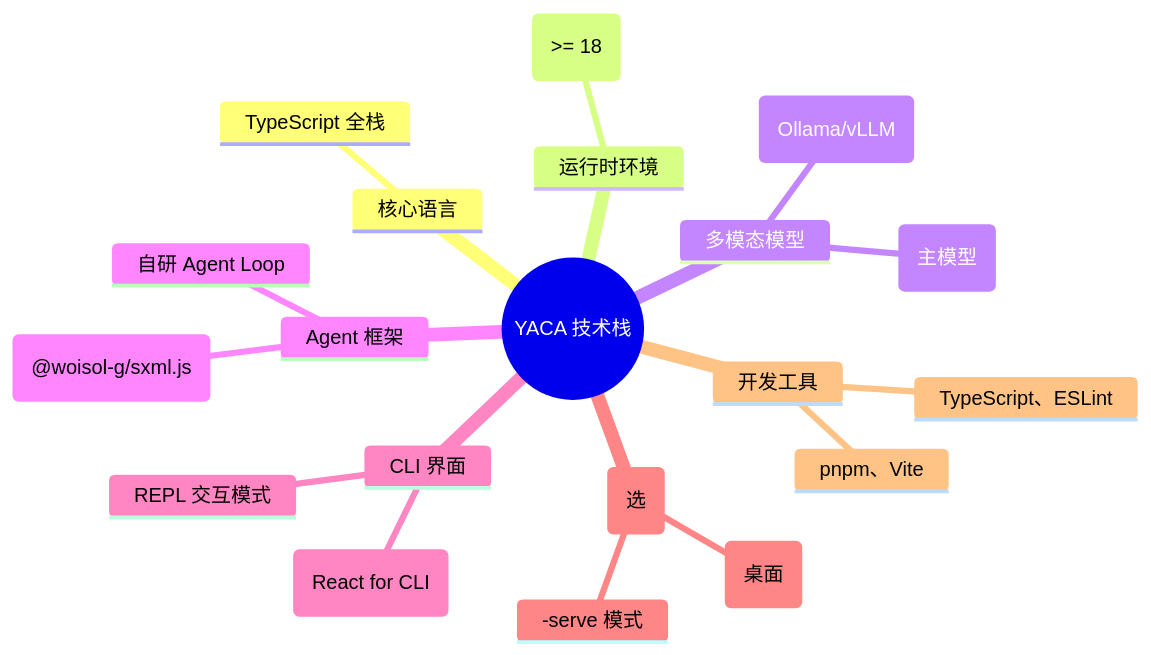
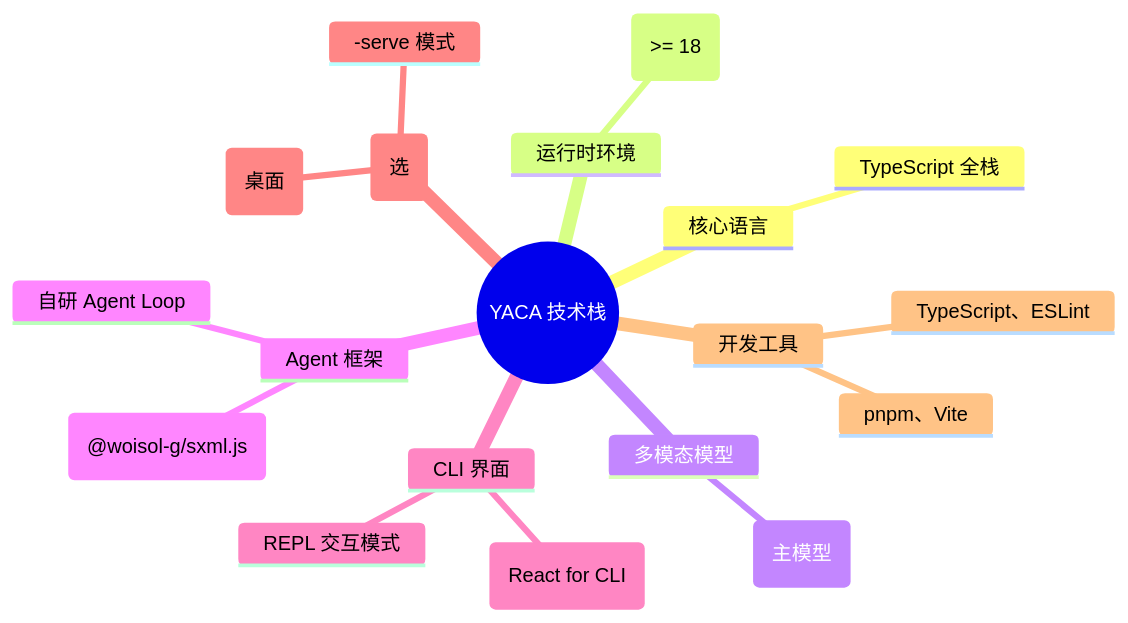
One commit to Woisol/yaCA changed the first of 2 diagrams in project/docs/ResearchProposal.md. Above: the diagram before and after it, drawn with Mermaid. The commit also changed other lines of this file and 1 other file, not shown here.

Commit message:
:pencil: docs: use qwen3.6, fix some hallucinations

````diff
--- a/project/docs/ResearchProposal.md
+++ b/project/docs/ResearchProposal.md
@@ -50,23 +50,22 @@
 ```mermaid
 mindmap
   root((YACA 技术栈))
     核心语言
       TypeScript 全栈
     运行时环境
       Node.js (>= 18)
     多模态模型
-      Qwen2.5-VL (主模型)
-      本地部署 (Ollama/vLLM)
+      Qwen3.6 (主模型)
     Agent 框架
       自研 Agent Loop
       流式 XML 工具解析 (@woisol-g/sxml.js)
     CLI 界面
       Ink.js (React for CLI)
       REPL 交互模式
     客户端 (选)
       Tauri (桌面)
       Web (--serve 模式)
     开发工具
       pnpm、Vite
       TypeScript、ESLint
 ```
````
